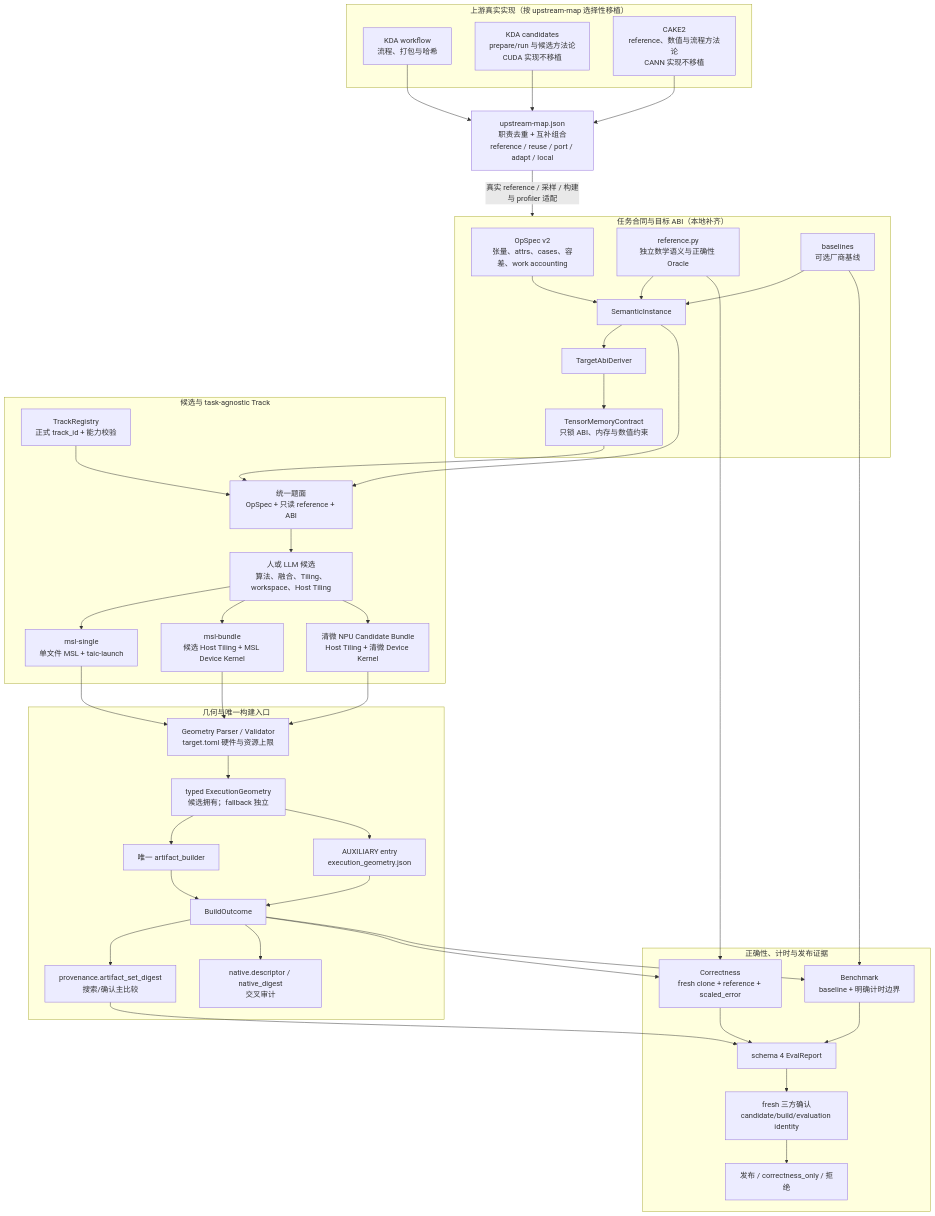
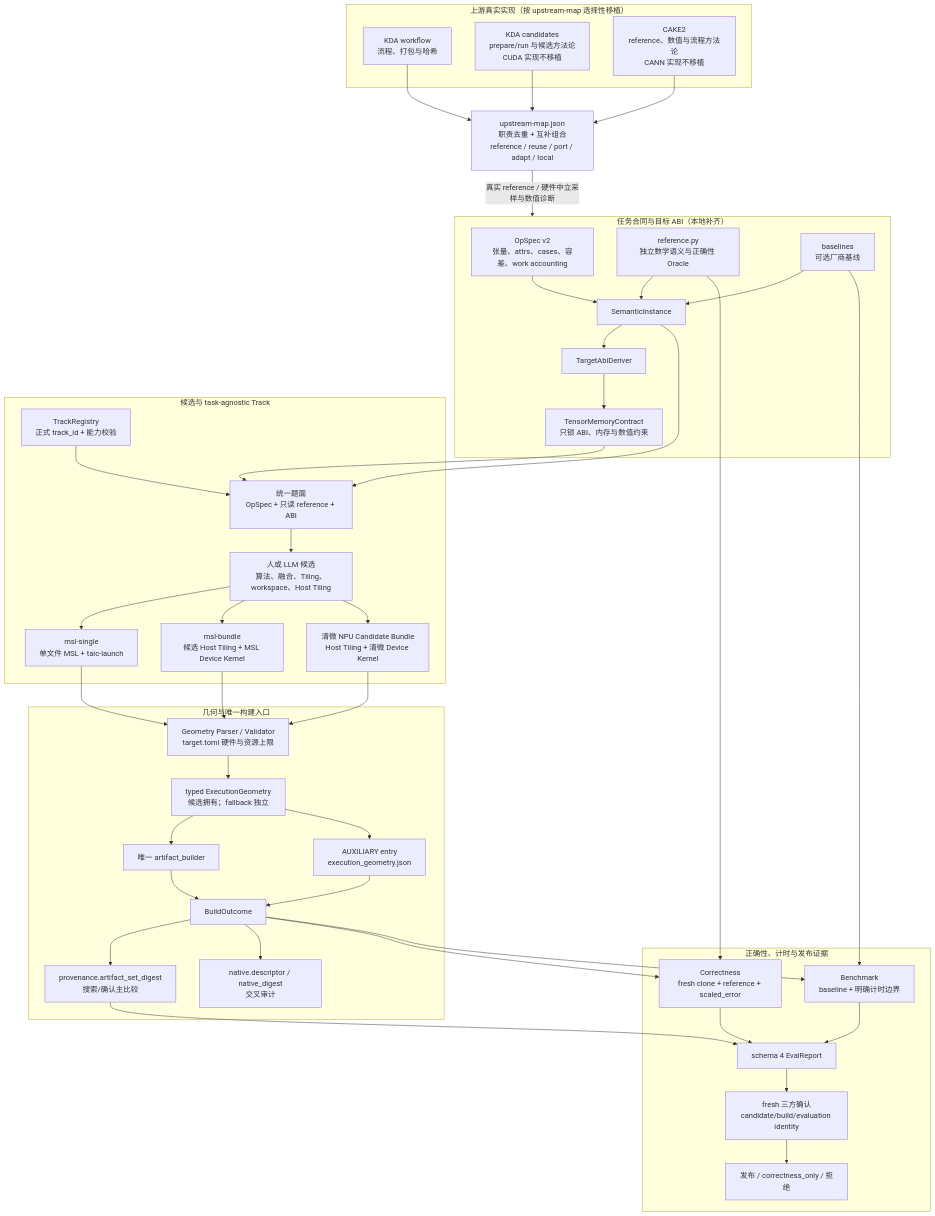
The diagram in docs/架构/跨硬件算子生成分工_9aef8d3a.plan.md (kuafuwang/ShapeForge), drawn with Mermaid before and after one commit. The commit also changed other lines of this file and 1 other file, not shown here.

````diff
--- a/docs/架构/跨硬件算子生成分工_9aef8d3a.plan.md
+++ b/docs/架构/跨硬件算子生成分工_9aef8d3a.plan.md
@@ -98,79 +98,79 @@
 ```mermaid
 flowchart TB
   subgraph UP["上游真实实现（按 upstream-map 选择性移植）"]
     KW["KDA workflow<br/>流程、打包与哈希"]
     KK["KDA candidates<br/>prepare/run 与候选方法论<br/>CUDA 实现不移植"]
     CK["CAKE2<br/>reference、数值与流程方法论<br/>CANN 实现不移植"]
   end
 
   MAP["upstream-map.json<br/>职责去重 + 互补组合<br/>reference / reuse / port / adapt / local"]
   KW --> MAP
   KK --> MAP
   CK --> MAP
 
   subgraph TC["任务合同与目标 ABI（本地补齐）"]
     OS["OpSpec v2<br/>张量、attrs、cases、容差、work accounting"]
     RF["reference.py<br/>独立数学语义与正确性 Oracle"]
     BL["baselines<br/>可选厂商基线"]
     SI["SemanticInstance"]
     ABI["TargetAbiDeriver"]
     TMC["TensorMemoryContract<br/>只锁 ABI、内存与数值约束"]
     OS --> SI
     RF --> SI
     BL --> SI
     SI --> ABI --> TMC
   end
 
-  MAP -->|"真实 reference / 采样 / 构建与 profiler 适配"| TC
+  MAP -->|"真实 reference / 硬件中立采样与数值诊断"| TC
 
   subgraph CT["候选与 task-agnostic Track"]
     TR["TrackRegistry<br/>正式 track_id + 能力校验"]
     PR["统一题面<br/>OpSpec + 只读 reference + ABI"]
     CA["人或 LLM 候选<br/>算法、融合、Tiling、workspace、Host Tiling"]
     MS["msl-single<br/>单文件 MSL + taic-launch"]
     MB["msl-bundle<br/>候选 Host Tiling + MSL Device Kernel"]
     NP["清微 NPU Candidate Bundle<br/>Host Tiling + 清微 Device Kernel"]
     TR --> PR --> CA
     CA --> MS
     CA --> MB
     CA --> NP
   end
 
   SI --> PR
   TMC --> PR
 
   subgraph EX["几何与唯一构建入口"]
     GV["Geometry Parser / Validator<br/>target.toml 硬件与资源上限"]
     EG["typed ExecutionGeometry<br/>候选拥有；fallback 独立"]
     AB["唯一 artifact_builder"]
     BO["BuildOutcome"]
     GE["AUXILIARY entry<br/>execution_geometry.json"]
     AD["provenance.artifact_set_digest<br/>搜索/确认主比较"]
     ND["native.descriptor / native_digest<br/>交叉审计"]
     GV --> EG --> AB --> BO
     EG --> GE --> BO
     BO --> AD
     BO --> ND
   end
 
   MS --> GV
   MB --> GV
   NP --> GV
 
   subgraph EV["正确性、计时与发布证据"]
     CR["Correctness<br/>fresh clone + reference + scaled_error"]
     TM["Benchmark<br/>baseline + 明确计时边界"]
     R4["schema 4 EvalReport"]
     CF["fresh 三方确认<br/>candidate/build/evaluation identity"]
     PB["发布 / correctness_only / 拒绝"]
     CR --> R4
     TM --> R4
     AD --> R4
     R4 --> CF --> PB
   end
 
   RF --> CR
   BO --> CR
   BL --> TM
   BO --> TM
 ```
````
